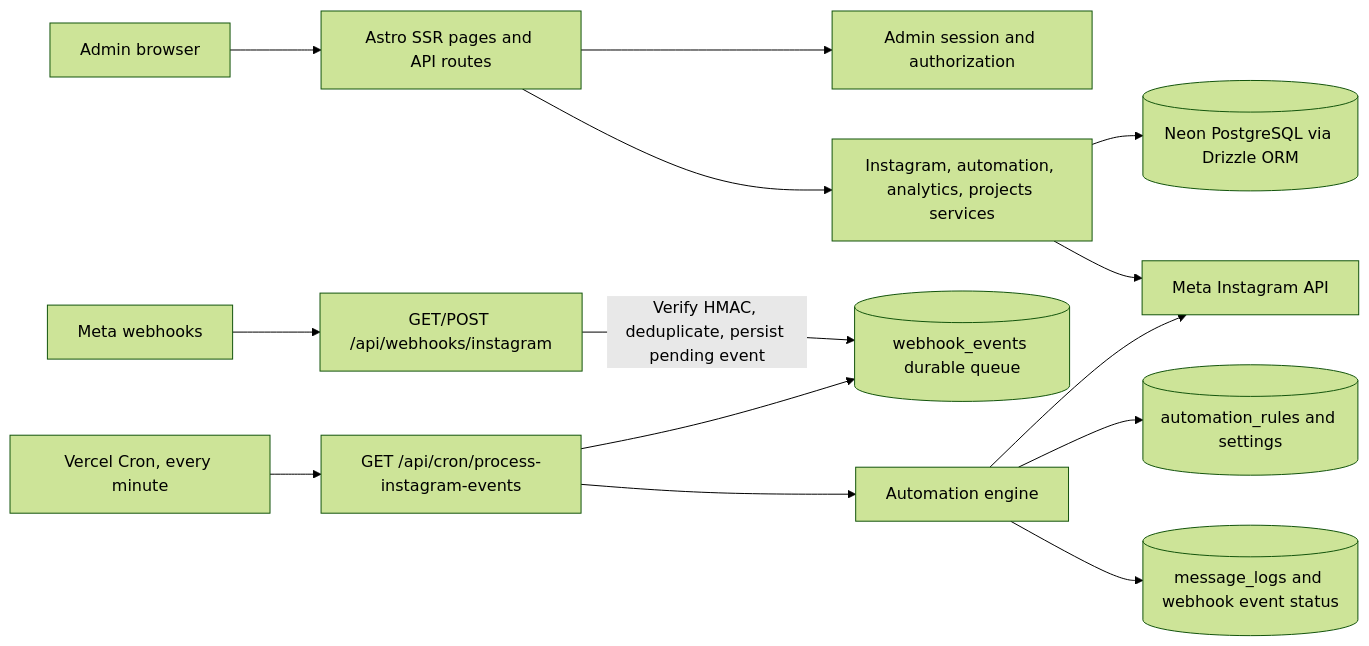
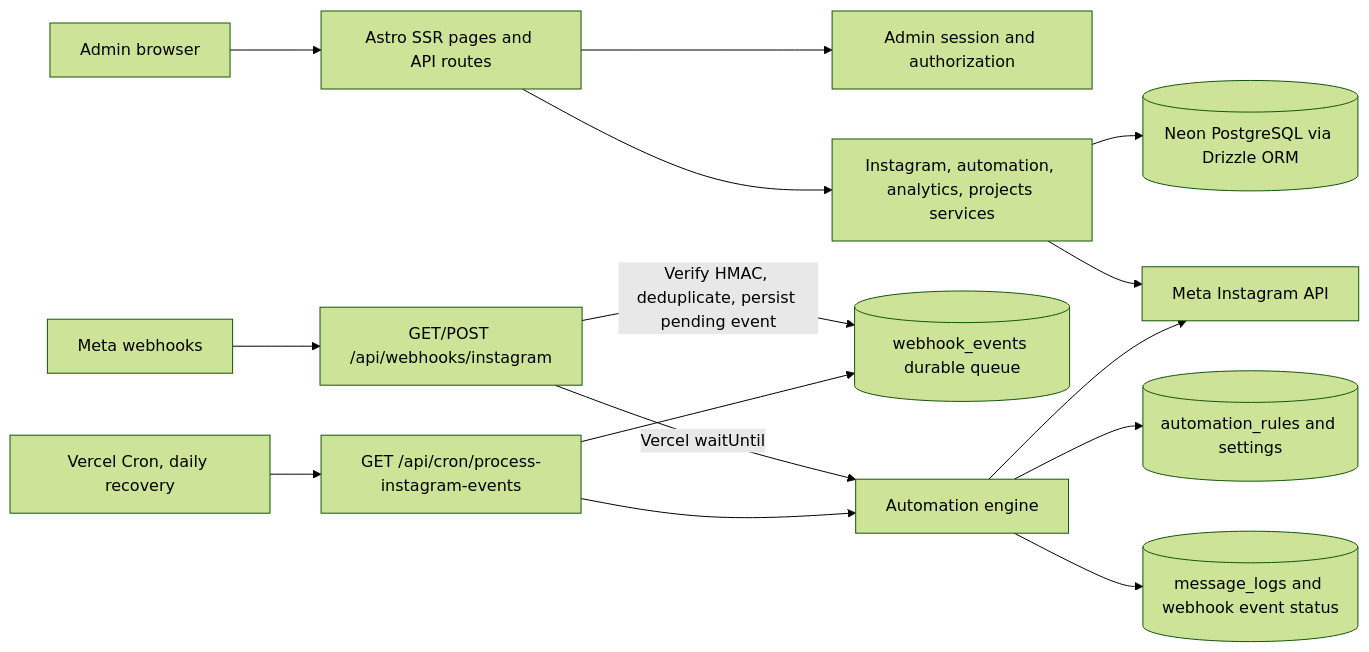
The diagram in README.md (Sujoymoulick/InstaFlow), drawn with Mermaid (forest theme) before and after one commit. The commit also changed other lines of this file and 6 other files, not shown here.

Commit message:
fix(instagram): process webhook automations promptly

````diff
--- a/README.md
+++ b/README.md
@@ -7,16 +7,17 @@
 ```mermaid
 flowchart LR
   Browser[Admin browser] --> Astro[Astro SSR pages and API routes]
   Astro --> Auth[Admin session and authorization]
   Astro --> Services[Instagram, automation, analytics, projects services]
   Services --> Neon[(Neon PostgreSQL via Drizzle ORM)]
   Services --> IG[Meta Instagram API]
   Meta[Meta webhooks] --> Hook[GET/POST /api/webhooks/instagram]
   Hook -->|Verify HMAC, deduplicate, persist pending event| Queue[(webhook_events durable queue)]
-  Cron[Vercel Cron, every minute] --> Worker[GET /api/cron/process-instagram-events]
+  Hook -->|Vercel waitUntil| Engine[Automation engine]
+  Cron[Vercel Cron, daily recovery] --> Worker[GET /api/cron/process-instagram-events]
   Worker --> Queue
   Worker --> Engine[Automation engine]
   Engine --> Rules[(automation_rules and settings)]
   Engine --> IG
   Engine --> Logs[(message_logs and webhook event status)]
 ```
````
